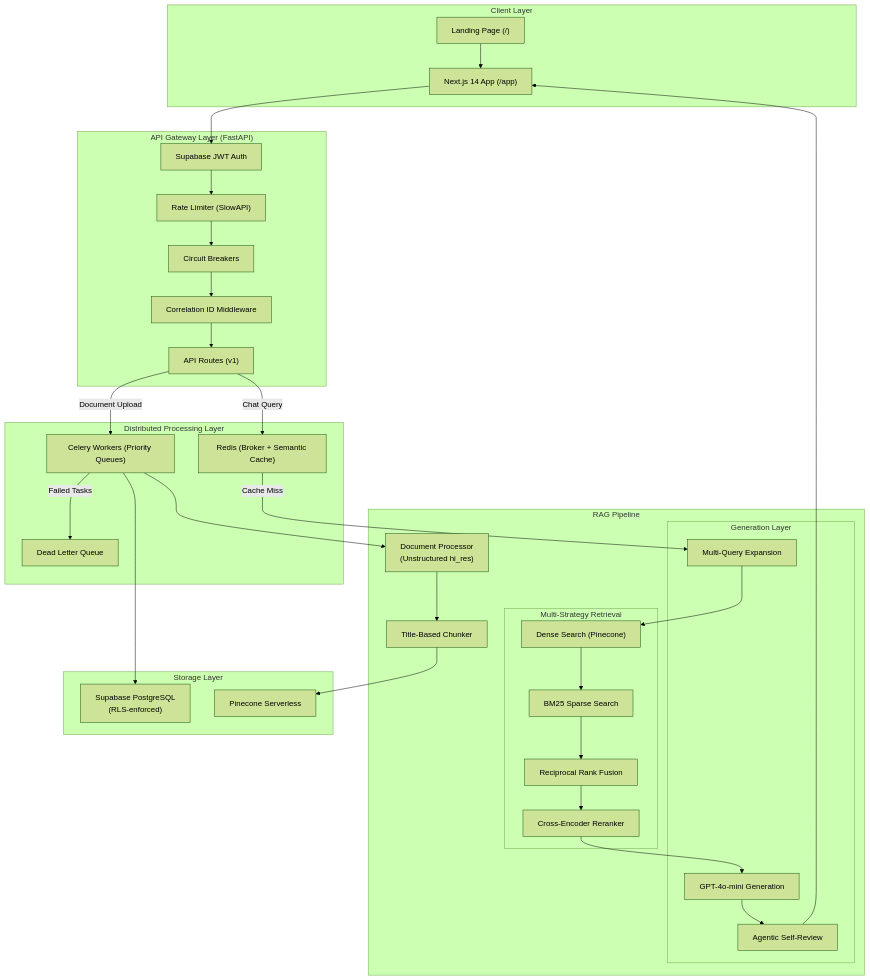
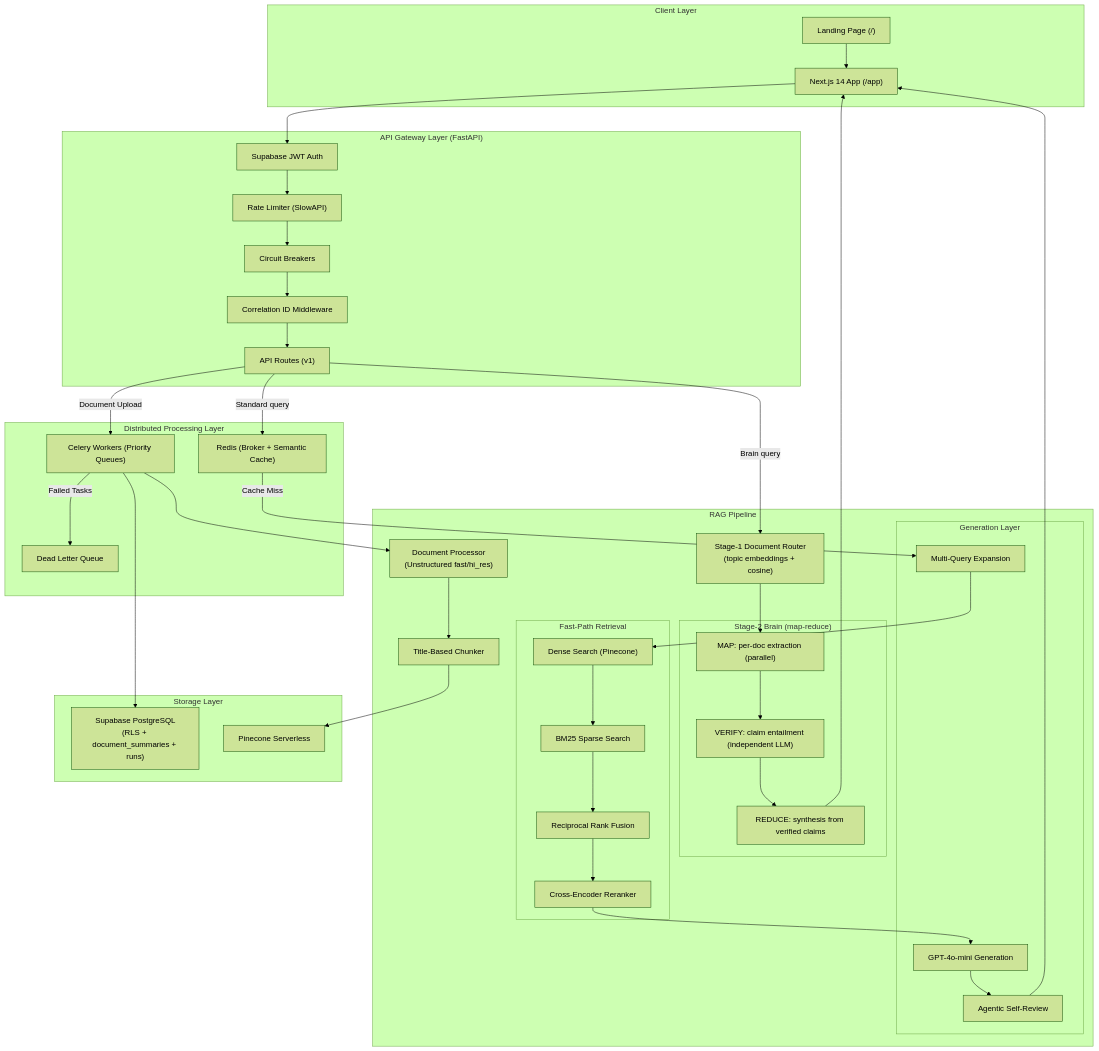
Before and after one commit to Jeel3011/DocQuery: the diagram in README.md, drawn with Mermaid (forest theme). The commit also changed other lines of this file and 22 other files, not shown here.

First line of the commit message:
Implement claim verification and document routing features

````diff
--- a/README.md
+++ b/README.md
@@ -51,55 +52,64 @@
 ```mermaid
 graph TB
     subgraph Client["Client Layer"]
         LP["Landing Page (/)"]
         UI["Next.js 14 App (/app)"]
     end
 
     subgraph API["API Gateway Layer (FastAPI)"]
         AUTH["Supabase JWT Auth"]
         RL["Rate Limiter (SlowAPI)"]
         CB["Circuit Breakers"]
         CID["Correlation ID Middleware"]
         ROUTES["API Routes (v1)"]
     end
 
     subgraph Processing["Distributed Processing Layer"]
         REDIS["Redis (Broker + Semantic Cache)"]
         CELERY["Celery Workers (Priority Queues)"]
         DLQ["Dead Letter Queue"]
     end
 
     subgraph RAG["RAG Pipeline"]
-        INGEST["Document Processor\n(Unstructured hi_res)"]
+        INGEST["Document Processor\n(Unstructured fast/hi_res)"]
         CHUNK["Title-Based Chunker"]
-        
-        subgraph Retrieval["Multi-Strategy Retrieval"]
+        ROUTER["Stage-1 Document Router\n(topic embeddings + cosine)"]
+
+        subgraph Brain["Stage-2 Brain (map-reduce)"]
+            MAP["MAP: per-doc extraction (parallel)"]
+            VERIFY["VERIFY: claim entailment (independent LLM)"]
+            REDUCE["REDUCE: synthesis from verified claims"]
+        end
+
+        subgraph Retrieval["Fast-Path Retrieval"]
             DENSE["Dense Search (Pinecone)"]
             BM25["BM25 Sparse Search"]
             RRF["Reciprocal Rank Fusion"]
             RERANK["Cross-Encoder Reranker"]
         end
-        
+
         subgraph Generation["Generation Layer"]
             MQ["Multi-Query Expansion"]
             GEN["GPT-4o-mini Generation"]
             REVIEW["Agentic Self-Review"]
         end
     end
 
     subgraph Storage["Storage Layer"]
-        SUPA["Supabase PostgreSQL\n(RLS-enforced)"]
+        SUPA["Supabase PostgreSQL\n(RLS + document_summaries + runs)"]
         PINE["Pinecone Serverless"]
     end
 
     LP --> UI
     UI --> AUTH --> RL --> CB --> CID --> ROUTES
-    ROUTES -->|"Chat Query"| REDIS
+    ROUTES -->|"Standard query"| REDIS
+    ROUTES -->|"Brain query"| ROUTER --> MAP --> VERIFY --> REDUCE
     ROUTES -->|"Document Upload"| CELERY
     CELERY --> INGEST --> CHUNK --> PINE
     CELERY -->|"Failed Tasks"| DLQ
     REDIS -->|"Cache Miss"| MQ --> DENSE
     DENSE --> BM25 --> RRF --> RERANK --> GEN --> REVIEW
     REVIEW --> UI
+    REDUCE --> UI
     CELERY --> SUPA
 ```
````
